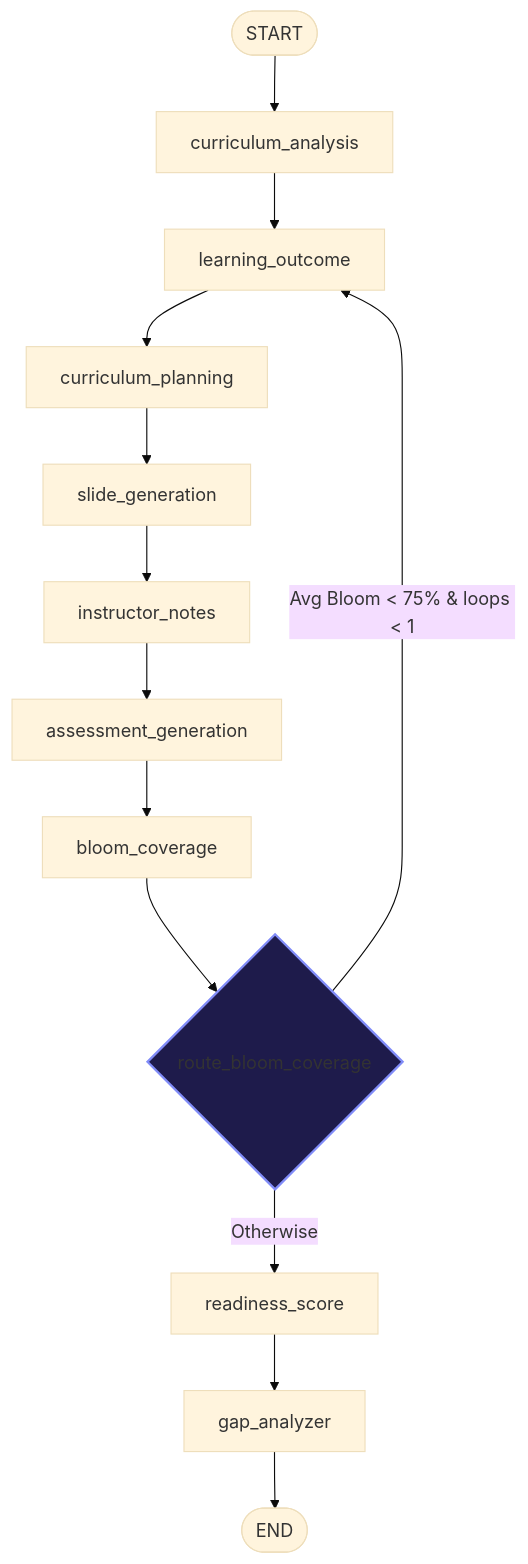
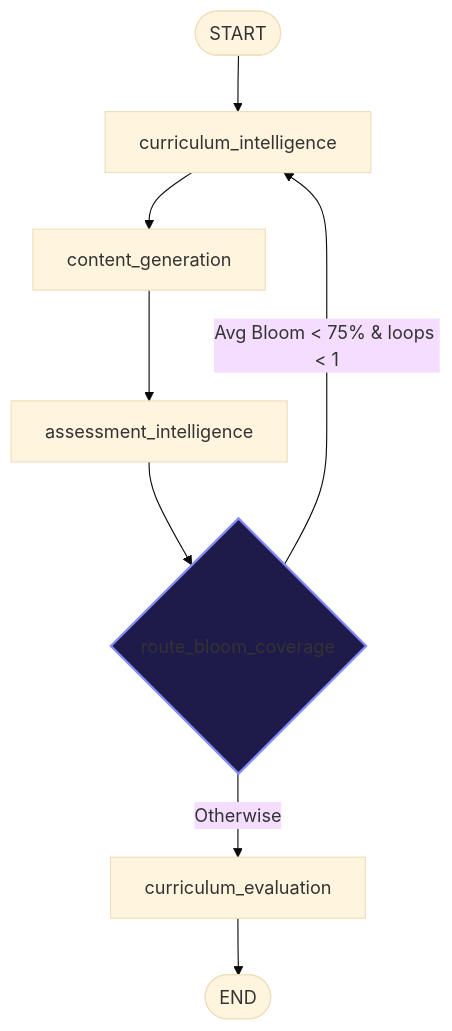
The second of 2 diagrams in KALYX_COMPLETE_ARCHITECTURE_REPORT.md (Devashish275/kalyx-), drawn with Mermaid (base theme) before and after one commit. The commit also changed other lines of this file, not shown here.

Commit message:
docs: update architecture report to reflect consolidated 4-agent pipeline

````diff
--- a/KALYX_COMPLETE_ARCHITECTURE_REPORT.md
+++ b/KALYX_COMPLETE_ARCHITECTURE_REPORT.md
@@ -330,19 +330,14 @@
 ```mermaid
 graph TD
-    START([START]) --> curriculum_analysis
-    curriculum_analysis --> learning_outcome
-    learning_outcome --> curriculum_planning
-    curriculum_planning --> slide_generation
-    slide_generation --> instructor_notes
-    instructor_notes --> assessment_generation
-    assessment_generation --> bloom_coverage
+    START([START]) --> curriculum_intelligence
+    curriculum_intelligence --> content_generation
+    content_generation --> assessment_intelligence
     
-    bloom_coverage --> route_bloom{route_bloom_coverage}
-    route_bloom -- Avg Bloom < 75% & loops < 1 --> learning_outcome
-    route_bloom -- Otherwise --> readiness_score
+    assessment_intelligence --> route_bloom{route_bloom_coverage}
+    route_bloom -- Avg Bloom < 75% & loops < 1 --> curriculum_intelligence
+    route_bloom -- Otherwise --> curriculum_evaluation
     
-    readiness_score --> gap_analyzer
-    gap_analyzer --> END([END])
+    curriculum_evaluation --> END([END])
 
     style route_bloom fill:#1e1b4b,stroke:#818cf8,stroke-width:2px;
 ```
````
